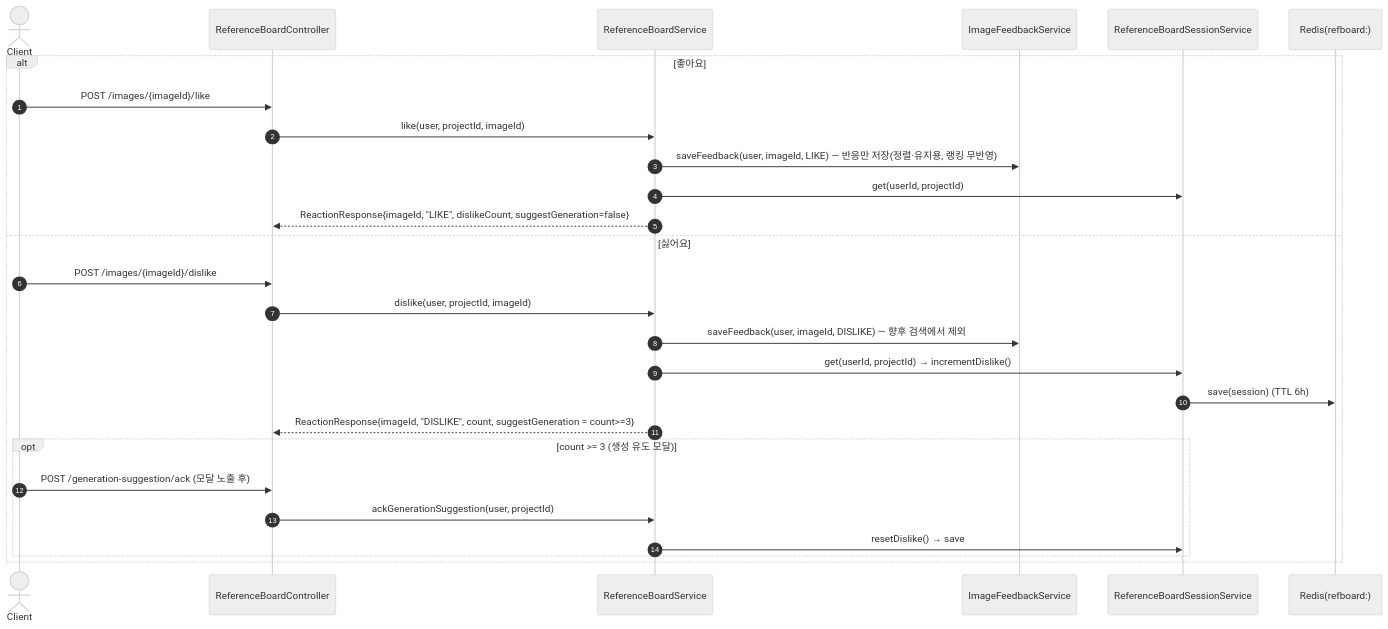
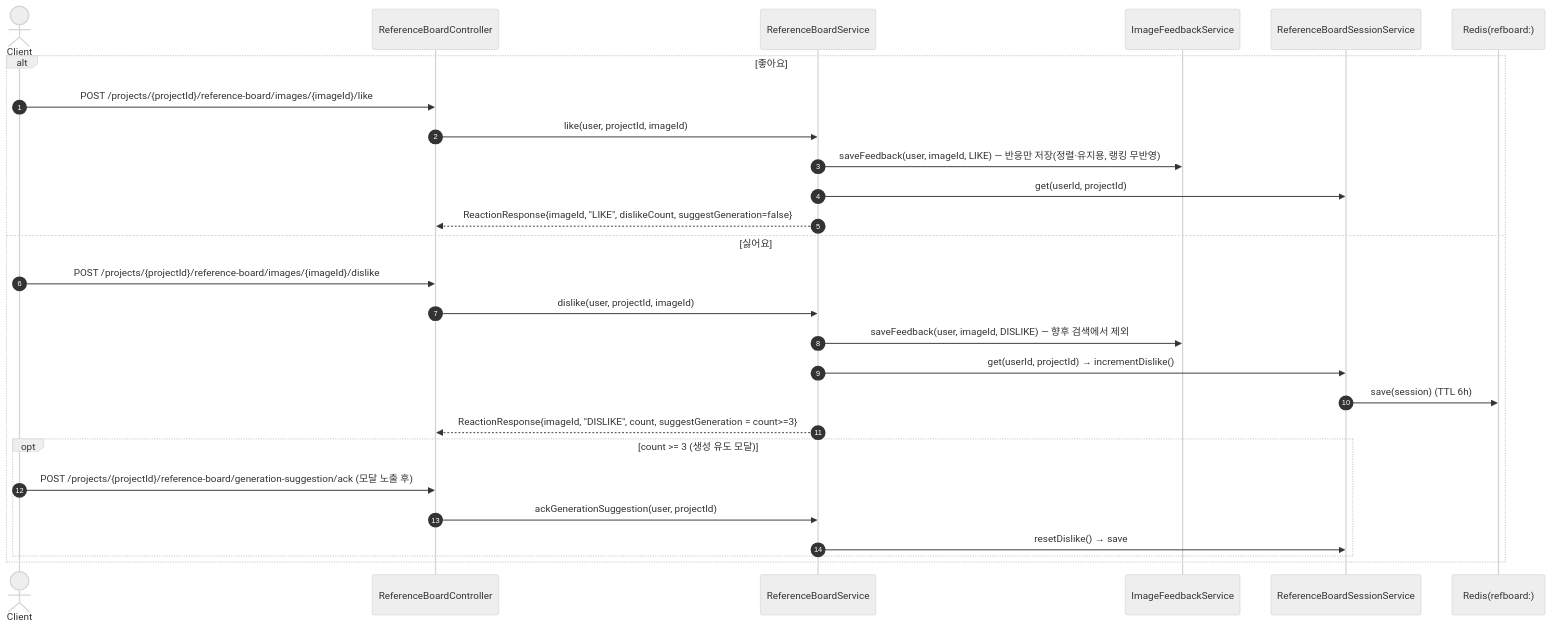
The third of 3 diagrams in docs/SDS/sequenceDiagram/referenceBoardSequenceDiagram.md (DraWeTeam/drawe), drawn with Mermaid (neutral theme) before and after one commit. The commit also changed other lines of this file and 3 other files, not shown here.

````diff
--- a/docs/SDS/sequenceDiagram/referenceBoardSequenceDiagram.md
+++ b/docs/SDS/sequenceDiagram/referenceBoardSequenceDiagram.md
@@ -72,30 +72,30 @@
 ```mermaid
 sequenceDiagram
     autonumber
     actor Client
     participant Ctl as ReferenceBoardController
     participant Svc as ReferenceBoardService
     participant FB as ImageFeedbackService
     participant Session as ReferenceBoardSessionService
     participant Redis as Redis(refboard:)
 
     alt 좋아요
-        Client->>Ctl: POST /images/{imageId}/like
+        Client->>Ctl: POST /projects/{projectId}/reference-board/images/{imageId}/like
         Ctl->>Svc: like(user, projectId, imageId)
         Svc->>FB: saveFeedback(user, imageId, LIKE) — 반응만 저장(정렬·유지용, 랭킹 무반영)
         Svc->>Session: get(userId, projectId)
         Svc-->>Ctl: ReactionResponse{imageId, "LIKE", dislikeCount, suggestGeneration=false}
     else 싫어요
-        Client->>Ctl: POST /images/{imageId}/dislike
+        Client->>Ctl: POST /projects/{projectId}/reference-board/images/{imageId}/dislike
         Ctl->>Svc: dislike(user, projectId, imageId)
         Svc->>FB: saveFeedback(user, imageId, DISLIKE) — 향후 검색에서 제외
         Svc->>Session: get(userId, projectId) → incrementDislike()
         Session->>Redis: save(session) (TTL 6h)
         Svc-->>Ctl: ReactionResponse{imageId, "DISLIKE", count, suggestGeneration = count>=3}
         opt count >= 3 (생성 유도 모달)
-            Client->>Ctl: POST /generation-suggestion/ack (모달 노출 후)
+            Client->>Ctl: POST /projects/{projectId}/reference-board/generation-suggestion/ack (모달 노출 후)
             Ctl->>Svc: ackGenerationSuggestion(user, projectId)
             Svc->>Session: resetDislike() → save
         end
     end
 ```
````
